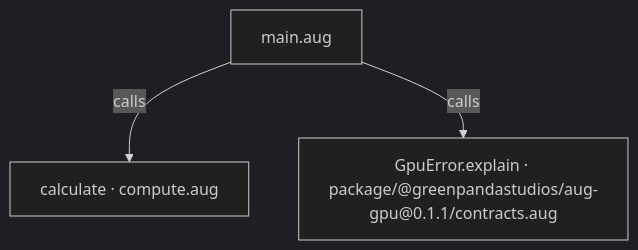
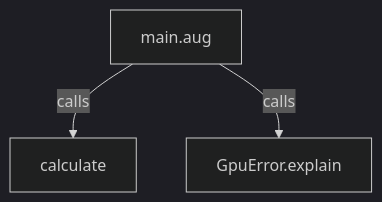
Before and after one commit to GreenPandaStudios/augscript: the second of 3 diagrams in docs/examples/native-gpu/main-diagrams.md, drawn with Mermaid (dark theme). The commit also changed other lines of this file and 524 other files, not shown here.

Commit message:
Explain checked data flow at folder and service levels

````diff
--- a/docs/examples/native-gpu/main-diagrams.md
+++ b/docs/examples/native-gpu/main-diagrams.md
@@ -28,8 +28,8 @@
 ```mermaid
 flowchart TD
-    n0["calculate · compute.aug"]
+    n0["calculate"]
     n1["main.aug"]
-    n2["GpuError.explain · package/@greenpandastudios/aug-gpu@0.1.1/contracts.aug"]
+    n2["GpuError.explain"]
     n1 -->|"calls"| n0
     n1 -->|"calls"| n2
 ```
````
